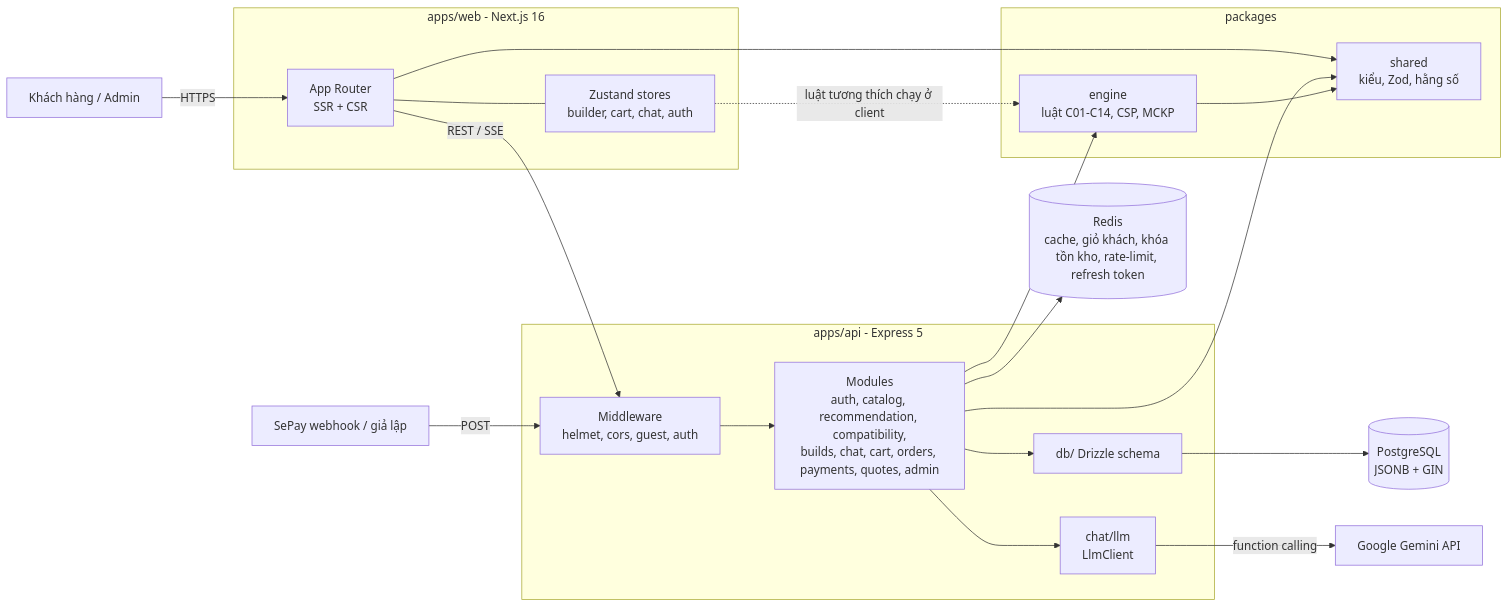
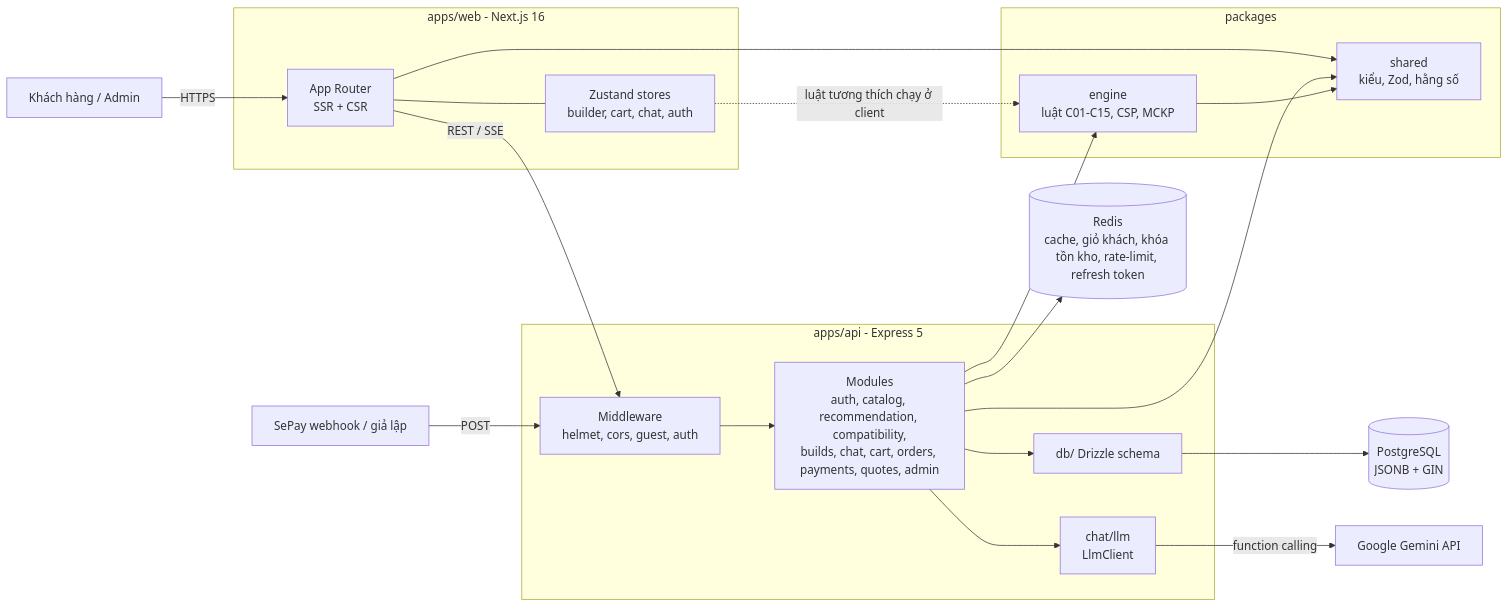
One commit to Okeanosu/pc-builder changed the diagram in docs/diagrams/component-architecture.mmd. Above: the diagram before and after it, drawn with Mermaid. The commit also changed 7 other files, not shown here.

Commit message:
docs(diagrams): sync ERD, engine classes, AI advisor and checkout sequences, order states and deployment with the code

```diff
--- a/docs/diagrams/component-architecture.mmd
+++ b/docs/diagrams/component-architecture.mmd
@@ -1,35 +1,35 @@
 flowchart LR
   U[Khách hàng / Admin] -->|HTTPS| WEB
 
   subgraph WEBAPP[apps/web - Next.js 16]
     WEB[App Router<br/>SSR + CSR]
     STORES[Zustand stores<br/>builder, cart, chat, auth]
     WEB --- STORES
   end
 
   subgraph APIAPP[apps/api - Express 5]
     MW[Middleware<br/>helmet, cors, guest, auth]
     MODS[Modules<br/>auth, catalog, recommendation, compatibility,<br/>builds, chat, cart, orders, payments, quotes, admin]
     LLM[chat/llm<br/>LlmClient]
     DB[db/ Drizzle schema]
     MW --> MODS
     MODS --> LLM
     MODS --> DB
   end
 
   subgraph PKG[packages]
     SHARED[shared<br/>kiểu, Zod, hằng số]
-    ENG[engine<br/>luật C01-C14, CSP, MCKP]
+    ENG[engine<br/>luật C01-C15, CSP, MCKP]
   end
 
   WEB -->|REST / SSE| MW
   MODS --> ENG
   STORES -. luật tương thích chạy ở client .-> ENG
   WEB --> SHARED
   MODS --> SHARED
   ENG --> SHARED
 
   DB --> PG[(PostgreSQL<br/>JSONB + GIN)]
   MODS --> RD[(Redis<br/>cache, giỏ khách, khóa tồn kho, rate-limit, refresh token)]
   LLM -->|function calling| GEM[Google Gemini API]
   BANK[SePay webhook / giả lập] -->|POST| MW
```
